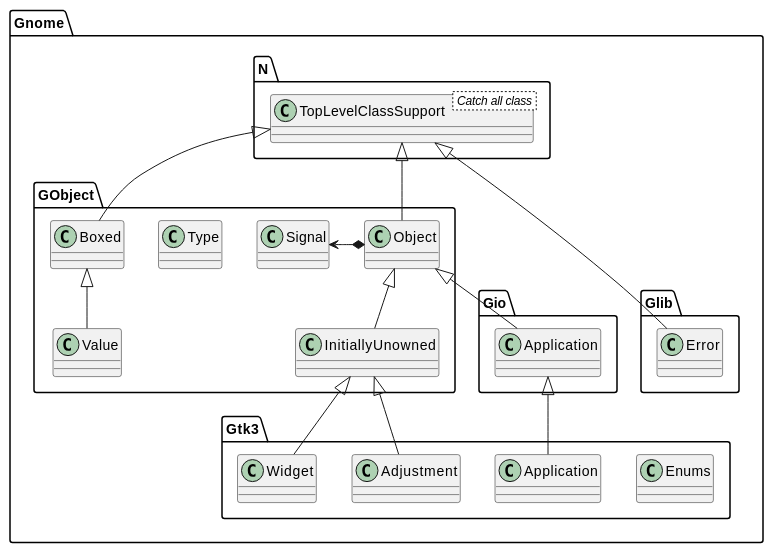
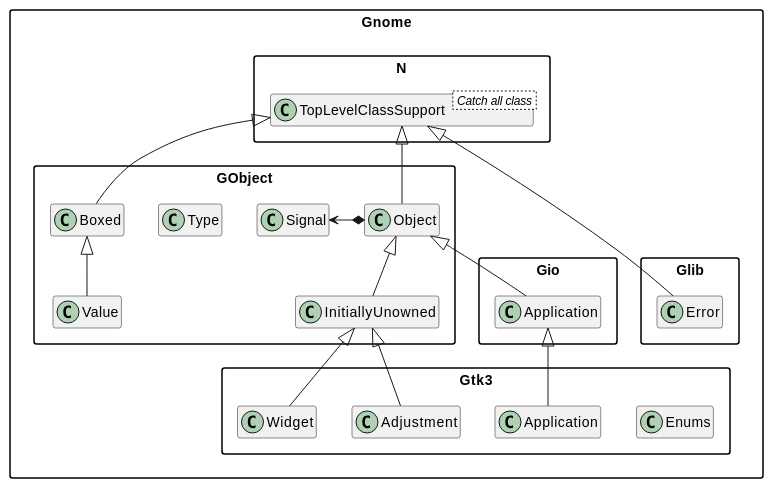
One commit to MARTIMM/gnome-gtk3 changed the fourth of 5 diagrams in Design-docs/Design.md. Above: the diagram before and after it, drawn with PlantUML. The commit also changed other lines of this file, not shown here.

````diff
--- a/Design-docs/Design.md
+++ b/Design-docs/Design.md
@@ -808,27 +841,30 @@
 ```plantuml
 'scale 0.7
 set namespaceSeparator ::
+skinparam packageStyle rectangle
+skinparam stereotypeCBackgroundColor #80ffff
+hide empty members
 
 class Gnome::N::TopLevelClassSupport < Catch all class >
 'interface Gnome::Gtk3::Buildable < Interface >
 
 class Gnome::GObject::Type
 class Gnome::Gtk3::Enums
 
 Gnome::N::TopLevelClassSupport <|--- Gnome::Glib::Error
 
 'Gnome::Gtk3::Buildable <|-- Gnome::Gtk3::Widget
 
 Gnome::N::TopLevelClassSupport <|-- Gnome::GObject::Object
 Gnome::N::TopLevelClassSupport <|-- Gnome::GObject::Boxed
 Gnome::GObject::Object <|-- Gnome::GObject::InitiallyUnowned
 Gnome::GObject::Boxed <|-- Gnome::GObject::Value
 Gnome::GObject::Object *-left-> Gnome::GObject::Signal
 
 Gnome::GObject::InitiallyUnowned <|-- Gnome::Gtk3::Widget
 Gnome::GObject::InitiallyUnowned <|-- Gnome::Gtk3::Adjustment
 
 'Gnome::N::TopLevelClassSupport <|-- Gnome::Gio::Application
 Gnome::GObject::Object <|-- Gnome::Gio::Application
 Gnome::Gio::Application <|-- Gnome::Gtk3::Application
 ```
````
